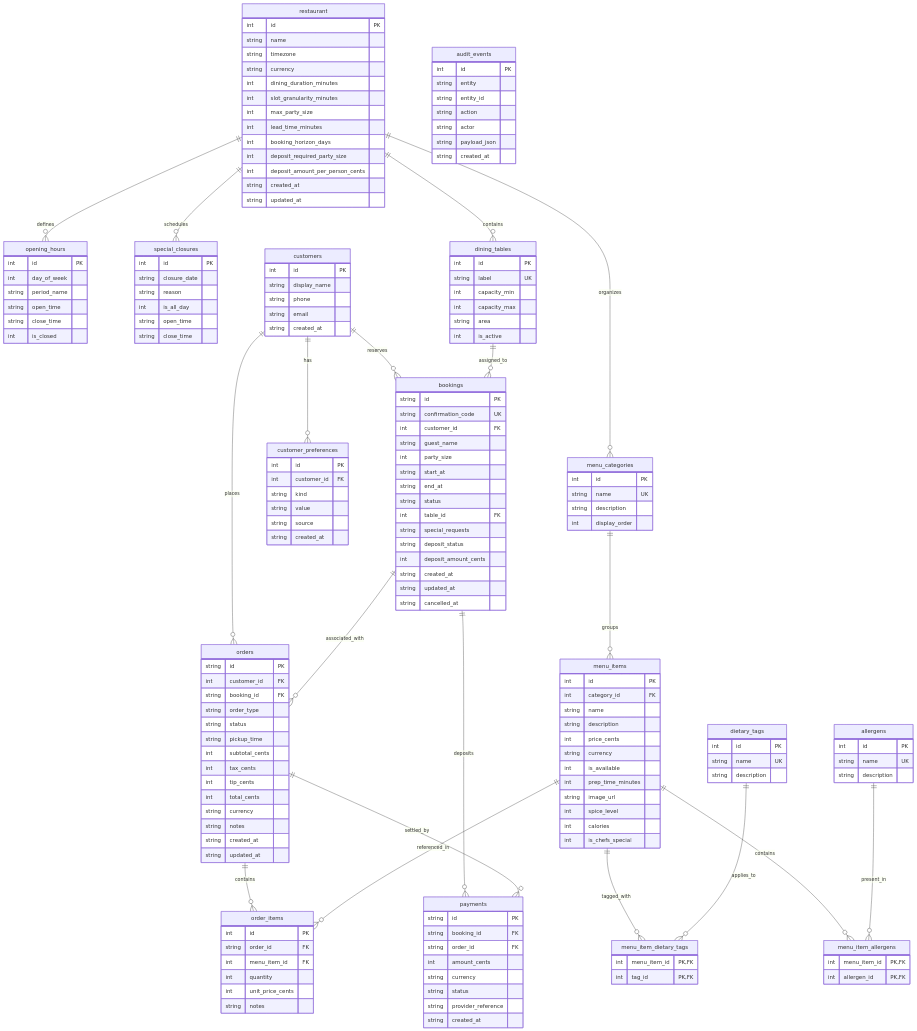
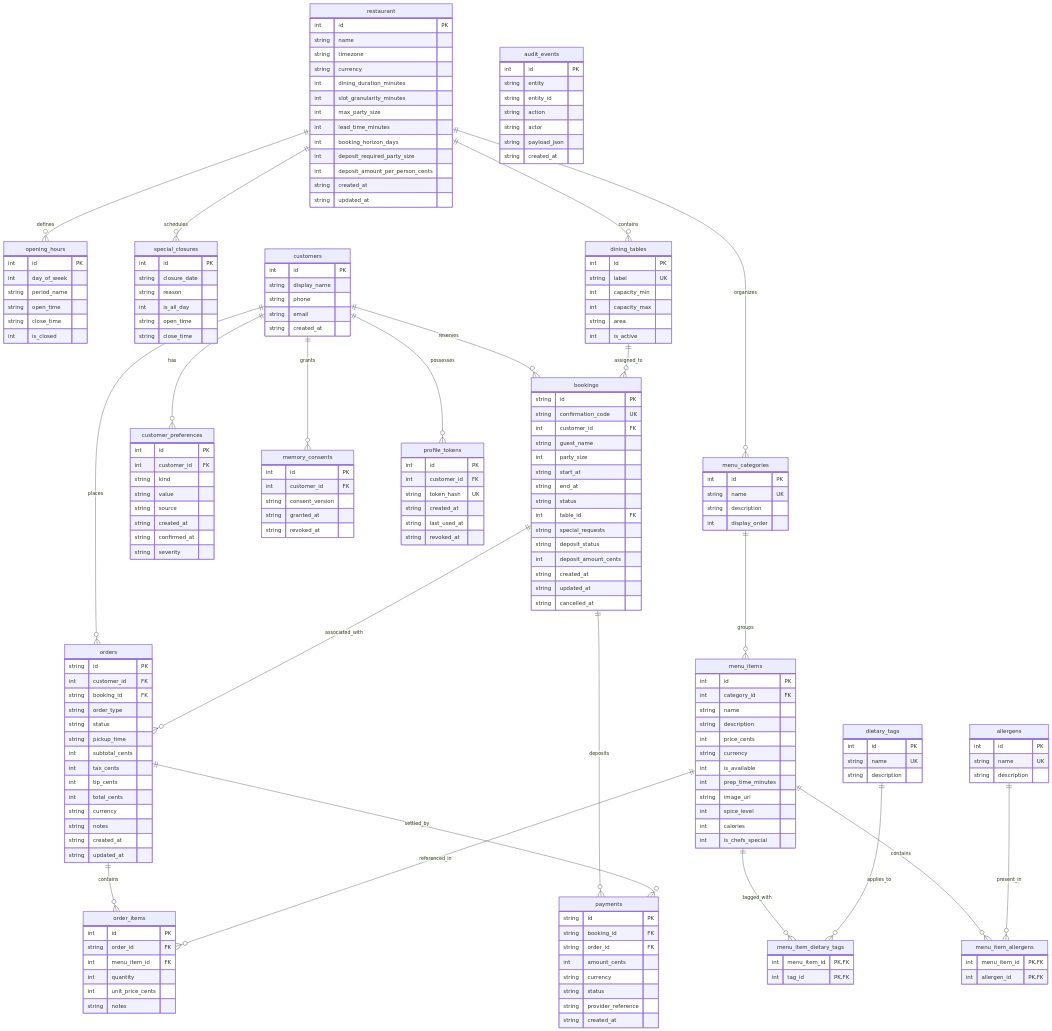
The first of 3 diagrams in docs/DATA_MODEL.md (dhanushkumar-amk/TableTalk), drawn with Mermaid before and after one commit. The commit also changed 7 other files, not shown here.

```diff
--- a/docs/DATA_MODEL.md
+++ b/docs/DATA_MODEL.md
@@ -41,6 +41,8 @@
     allergens ||--o{ menu_item_allergens : "present_in"
 
     customers ||--o{ customer_preferences : "has"
+    customers ||--o{ memory_consents : "grants"
+    customers ||--o{ profile_tokens : "possesses"
     customers ||--o{ bookings : "reserves"
     customers ||--o{ orders : "places"
 
@@ -154,6 +156,25 @@
         string value
         string source
         string created_at
+        string confirmed_at
+        string severity
+    }
+
+    memory_consents {
+        int id PK
+        int customer_id FK
+        string consent_version
+        string granted_at
+        string revoked_at
+    }
+
+    profile_tokens {
+        int id PK
+        int customer_id FK
+        string token_hash UK
+        string created_at
+        string last_used_at
+        string revoked_at
     }
 
     bookings {
```
